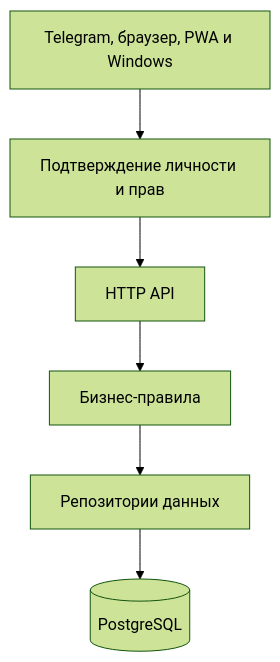
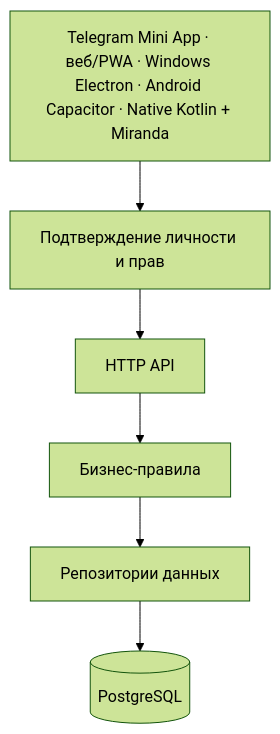
The diagram in README.md (JustT1MExGOD/tele2-app), drawn with Mermaid (forest theme) before and after one commit. The commit also changed other lines of this file and 4 other files, not shown here.

````diff
--- a/README.md
+++ b/README.md
@@ -168,8 +200,8 @@
 ```mermaid
 flowchart TB
-    C["Telegram, браузер, PWA и Windows"] --> A["Подтверждение личности и прав"]
+    C["Telegram Mini App · веб/PWA · Windows Electron · Android Capacitor · Native Kotlin + Miranda"] --> A["Подтверждение личности и прав"]
     A --> H["HTTP API"]
     H --> B["Бизнес-правила"]
     B --> D["Репозитории данных"]
     D --> P[("PostgreSQL")]
 ```
````
